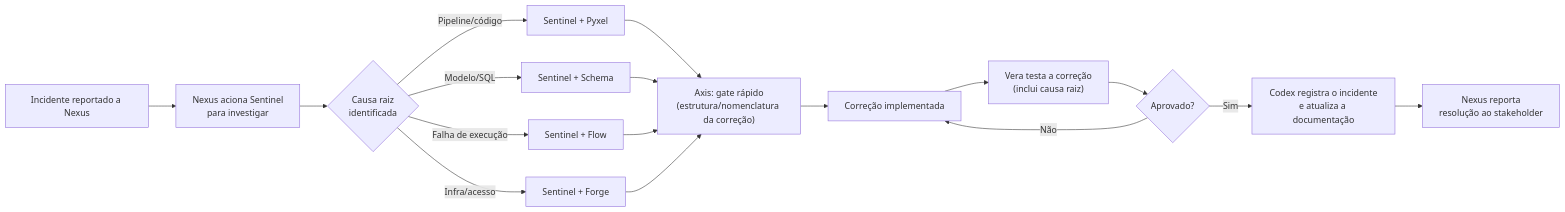
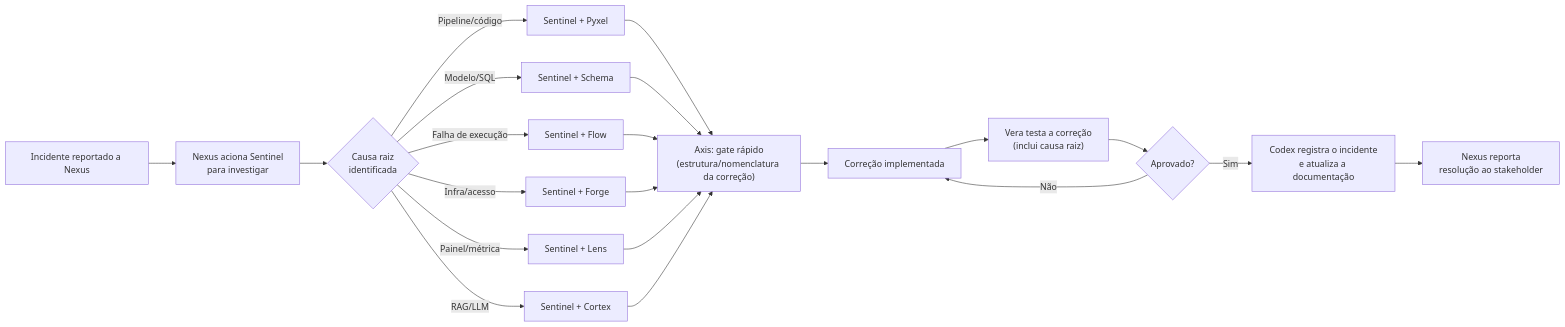
The third of 7 diagrams in organograma-fluxo-decisao-time-dados.md (devrafaelalvarenga/data-engineer-agent-team), drawn with Mermaid before and after one commit. The commit also changed other lines of this file and 10 other files, not shown here.

First line of the commit message:
Propagate Lens and Cortex across agents and docs, fix inconsistencies

````diff
--- a/organograma-fluxo-decisao-time-dados.md
+++ b/organograma-fluxo-decisao-time-dados.md
@@ -201,19 +201,23 @@
 ```mermaid
 flowchart LR
     A["Incidente reportado a Nexus"] --> B["Nexus aciona Sentinel<br/>para investigar"]
     B --> C{"Causa raiz<br/>identificada"}
     C -->|Pipeline/código| D["Sentinel + Pyxel"]
     C -->|Modelo/SQL| E["Sentinel + Schema"]
     C -->|Falha de execução| F["Sentinel + Flow"]
     C -->|Infra/acesso| G["Sentinel + Forge"]
+    C -->|Painel/métrica| L["Sentinel + Lens"]
+    C -->|RAG/LLM| K["Sentinel + Cortex"]
     D --> AX["Axis: gate rápido<br/>(estrutura/nomenclatura da correção)"]
     E --> AX
     F --> AX
     G --> AX
+    L --> AX
+    K --> AX
     AX --> H["Correção implementada"]
     H --> V["Vera testa a correção<br/>(inclui causa raiz)"]
     V --> R{"Aprovado?"}
     R -->|"Não"| H
     R -->|"Sim"| DOC["Codex registra o incidente<br/>e atualiza a documentação"]
     DOC --> I["Nexus reporta<br/>resolução ao stakeholder"]
 ```
````
